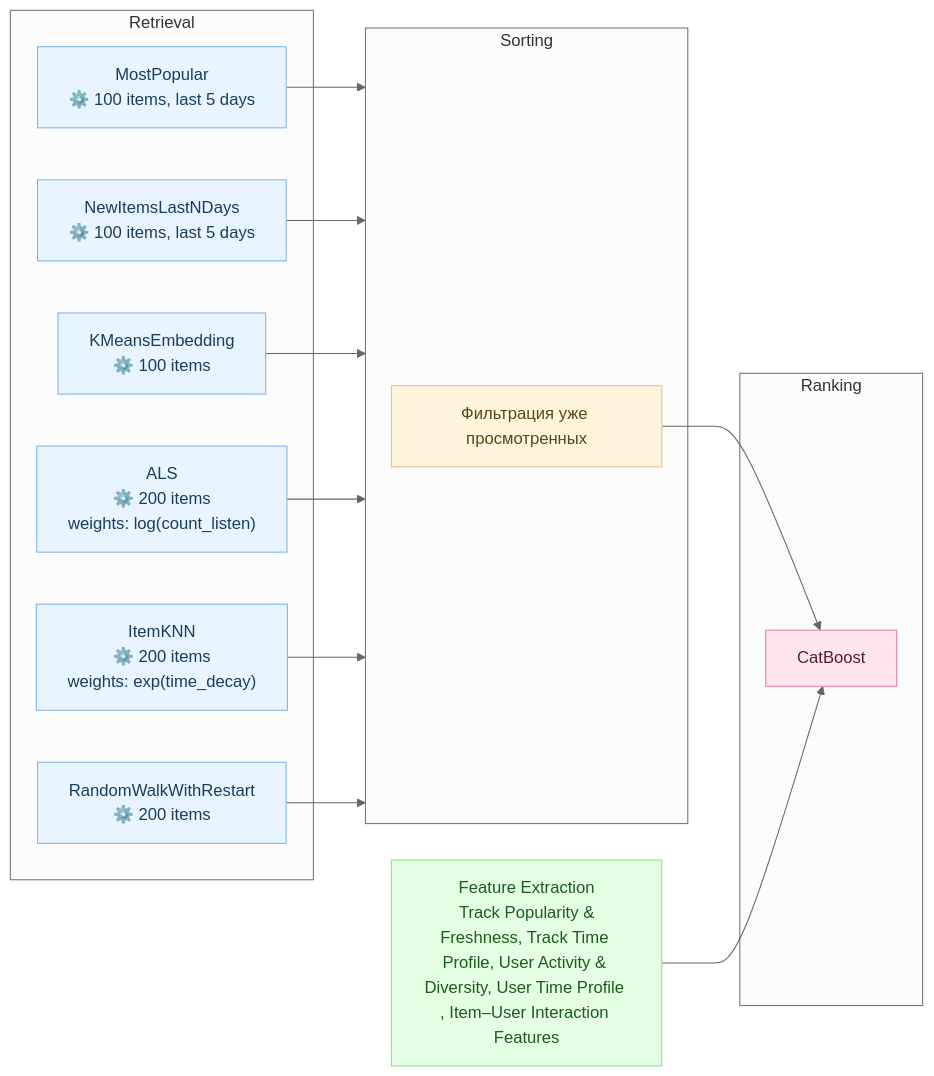
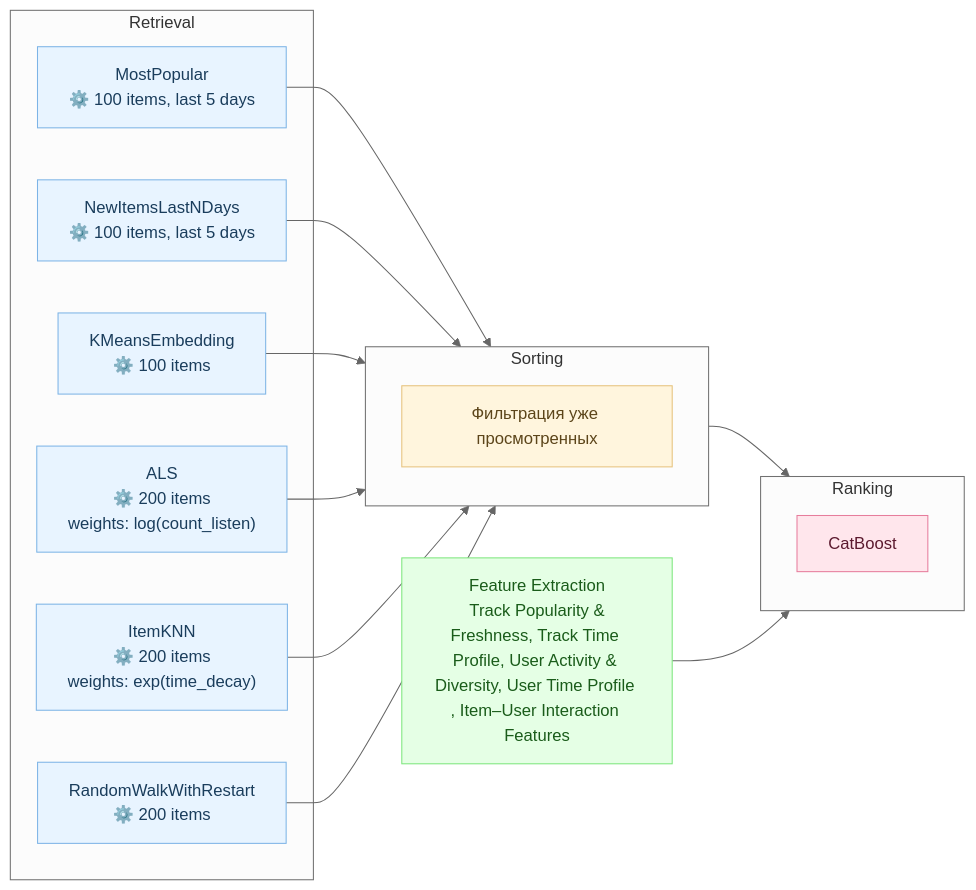
Before and after one commit to Nastasy822/music-recommendation-experiments: the second of 2 diagrams in README.md, drawn with Mermaid (neutral theme).

Commit message:
docs(readme): update diagram

````diff
--- a/README.md
+++ b/README.md
@@ -180,48 +180,48 @@
 ```mermaid
 flowchart LR
 
     %% === Retrieval Models ===
     subgraph RETRIEVAL ["Retrieval"]
         PopAll["MostPopular<br/>⚙️ 100 items, last 5 days"]
         PopUser["NewItemsLastNDays<br/>⚙️ 100 items, last 5 days"]
         SIM["KMeansEmbedding<br/>⚙️ 100 items"]
         ITEMKNN["ItemKNN<br/>⚙️ 200 items<br/>weights: exp(time_decay)"]
         GRAPH["RandomWalkWithRestart<br/>⚙️ 200 items"]
         ALS["ALS<br/>⚙️ 200 items<br/>weights: log(count_listen)"]
     end
 
     %% === Sorting Stage ===
     subgraph SORTING ["Sorting"]
         FILTER["Фильтрация уже просмотренных"]
     end
 
     %% === Ranking Stage ===
     subgraph RANKING ["Ranking"]
         RANK["CatBoost"]
     end
 
     %% === Feature Extraction ===
     FEATS["Feature Extraction<br> Track Popularity & Freshness, Track Time Profile, User Activity & Diversity, User Time Profile , Item–User Interaction Features"]
 
     %% === Data Flows ===
     PopAll --> SORTING
     PopUser --> SORTING
     SIM --> SORTING
     ALS --> SORTING
     ITEMKNN --> SORTING
     GRAPH --> SORTING
 
-    FILTER --> RANK
-    FEATS --> RANK
+    SORTING --> RANKING
+    FEATS --> RANKING
 
     %% === Styles ===
     classDef retrieval fill:#e8f4ff,stroke:#7db4e6,color:#1a3d5c;
     classDef sorting fill:#fff5dd,stroke:#e6c27d,color:#5c451a;
     classDef ranking fill:#ffe6ec,stroke:#e67d9c,color:#5c1a2f;
     classDef features fill:#e5ffe5,stroke:#7de67d,color:#1a5c1a;
 
     class PopAll,PopUser,SIM,ALS,ITEMKNN,GRAPH retrieval;
     class FILTER sorting;
     class RANK ranking;
     class FEATS features;
 ```
````
